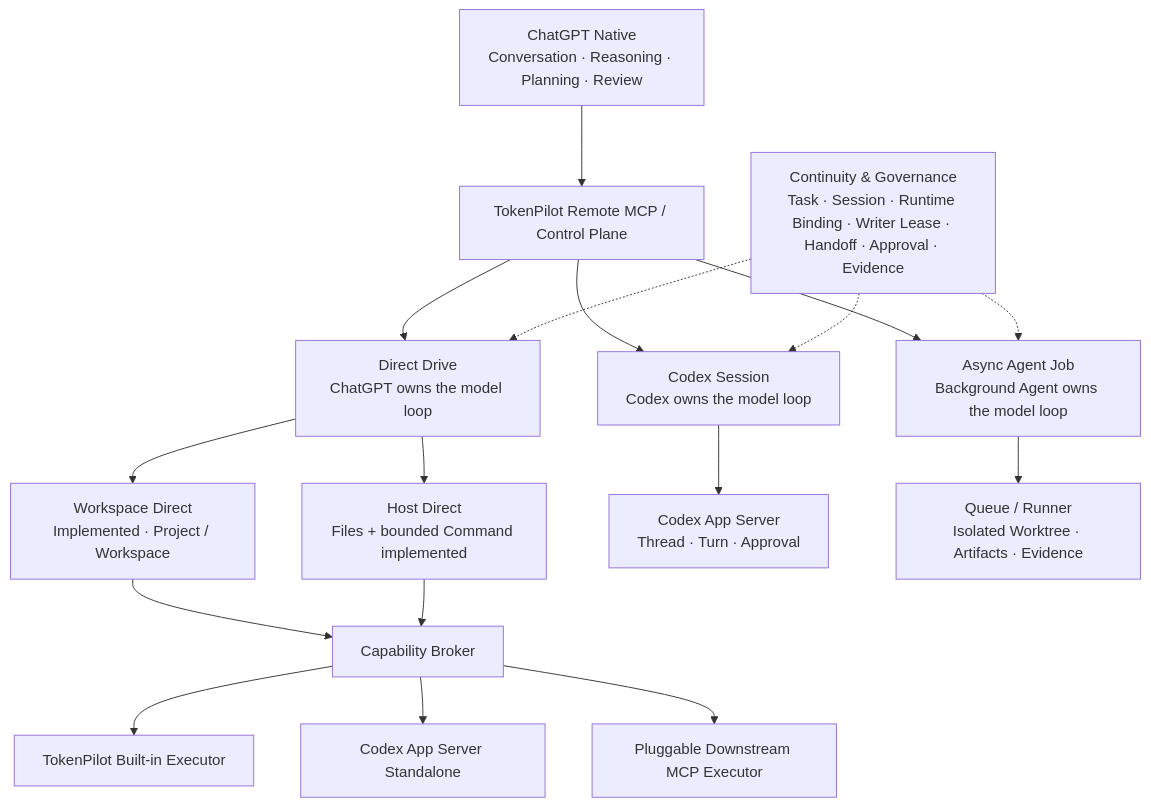
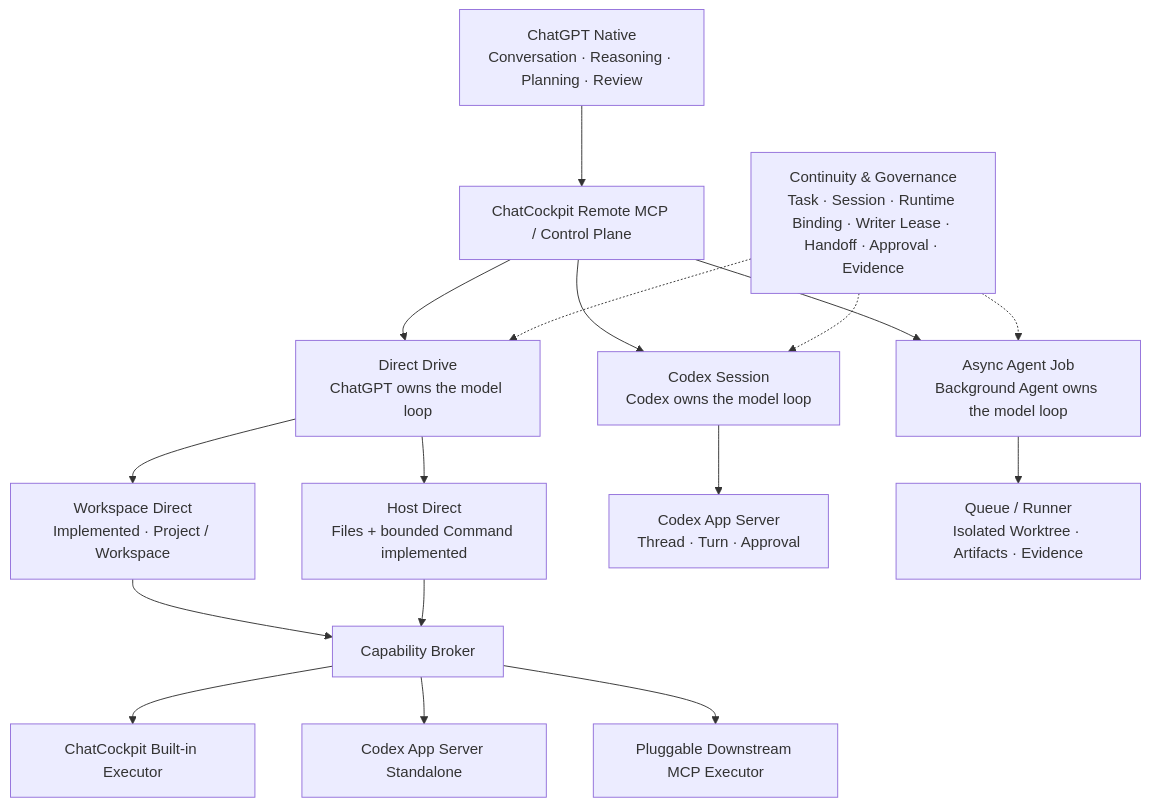
One commit to wuaishare/ChatCockpit changed the diagram in README.en.md. Above: the diagram before and after it, drawn with Mermaid. The commit also changed other lines of this file and 31 other files, not shown here.

Commit message:
切换 ChatCockpit 公共品牌与使用文档

````diff
--- a/README.en.md
+++ b/README.en.md
@@ -23,24 +23,24 @@
 ```mermaid
 flowchart TB
-    Chat["ChatGPT Native<br/>Conversation · Reasoning · Planning · Review"] --> MCP["TokenPilot Remote MCP / Control Plane"]
+    Chat["ChatGPT Native<br/>Conversation · Reasoning · Planning · Review"] --> MCP["ChatCockpit Remote MCP / Control Plane"]
 
     MCP --> Direct["Direct Drive<br/>ChatGPT owns the model loop"]
     MCP --> Codex["Codex Session<br/>Codex owns the model loop"]
     MCP --> Async["Async Agent Job<br/>Background Agent owns the model loop"]
 
     Direct --> Workspace["Workspace Direct<br/>Implemented · Project / Workspace"]
     Direct --> Host["Host Direct<br/>Files + bounded Command implemented"]
 
     Workspace --> Broker["Capability Broker"]
     Host --> Broker
-    Broker --> BuiltIn["TokenPilot Built-in Executor"]
+    Broker --> BuiltIn["ChatCockpit Built-in Executor"]
     Broker --> Standalone["Codex App Server Standalone"]
     Broker --> Downstream["Pluggable Downstream MCP Executor"]
 
     Codex --> AppServer["Codex App Server<br/>Thread · Turn · Approval"]
     Async --> Runner["Queue / Runner<br/>Isolated Worktree · Artifacts · Evidence"]
 
     Governance["Continuity & Governance<br/>Task · Session · Runtime Binding · Writer Lease · Handoff · Approval · Evidence"] -.-> Direct
     Governance -.-> Codex
     Governance -.-> Async
 ```
````
